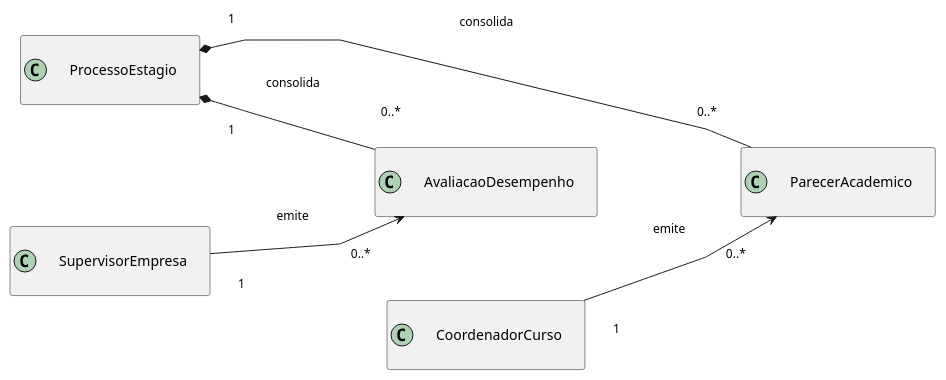
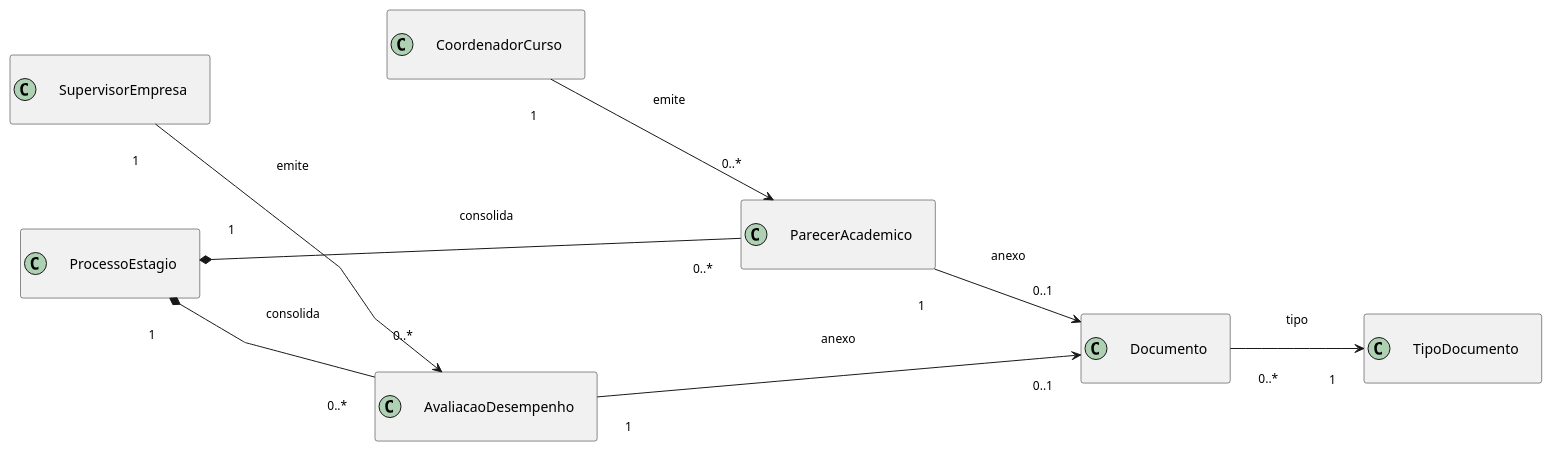
One commit to Projetos-de-Extensao/PBE_26.1_8002_I changed the ninth of 10 diagrams in docs/Elaboracao/diagrma_de_classes.md. Above: the diagram before and after it, drawn with PlantUML. The commit also changed other lines of this file, not shown here.

Commit message:
docs: esclarece classes de apoio do diagrama

````diff
--- a/docs/Elaboracao/diagrma_de_classes.md
+++ b/docs/Elaboracao/diagrma_de_classes.md
@@ -288,26 +332,31 @@
 ```puml
 @startuml
 left to right direction
 hide empty members
 skinparam classAttributeIconSize 0
 skinparam linetype polyline
 skinparam nodesep 70
 skinparam ranksep 70
 skinparam Padding 20
 skinparam ArrowFontSize 12
 
 class ProcessoEstagio
 class SupervisorEmpresa
 class CoordenadorCurso
 class AvaliacaoDesempenho
 class ParecerAcademico
+class Documento
+class TipoDocumento
 
 SupervisorEmpresa "1" --> "0..*" AvaliacaoDesempenho : emite
 CoordenadorCurso "1" --> "0..*" ParecerAcademico : emite
 ProcessoEstagio "1" *-- "0..*" AvaliacaoDesempenho : consolida
 ProcessoEstagio "1" *-- "0..*" ParecerAcademico : consolida
+AvaliacaoDesempenho "1" --> "0..1" Documento : anexo
+ParecerAcademico "1" --> "0..1" Documento : anexo
+Documento "0..*" --> "1" TipoDocumento : tipo
 
 SupervisorEmpresa -[hidden]down- CoordenadorCurso
 AvaliacaoDesempenho -[hidden]down- ParecerAcademico
 @enduml
 ```
````
